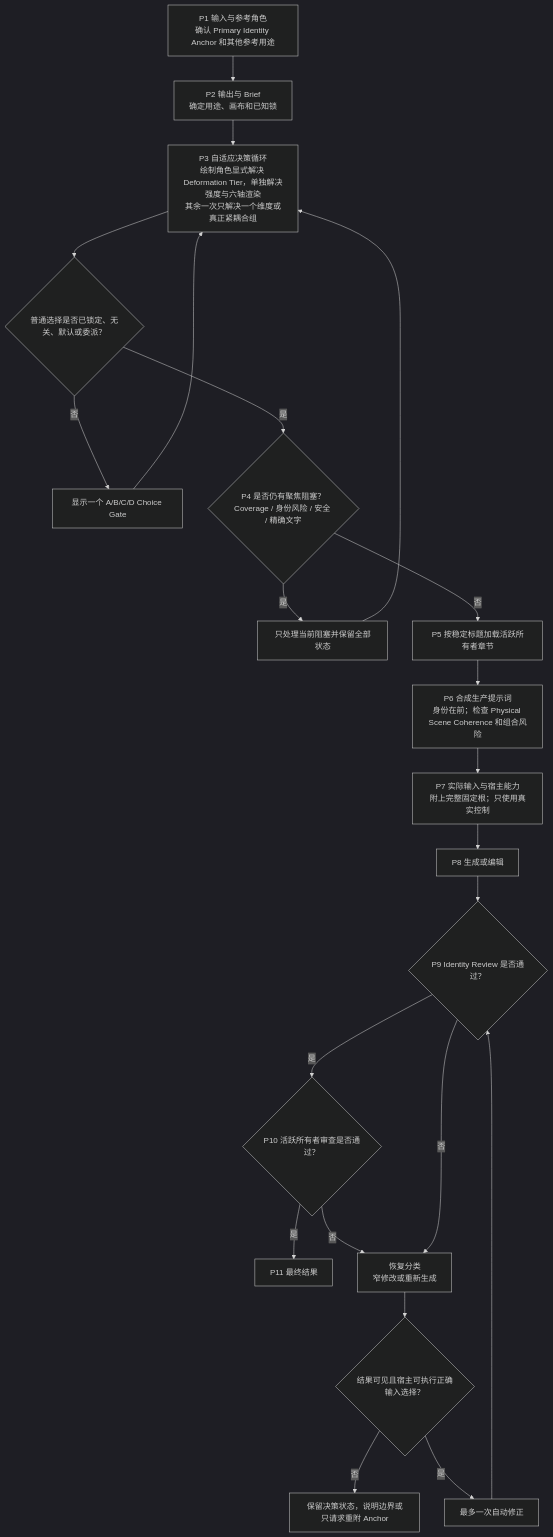
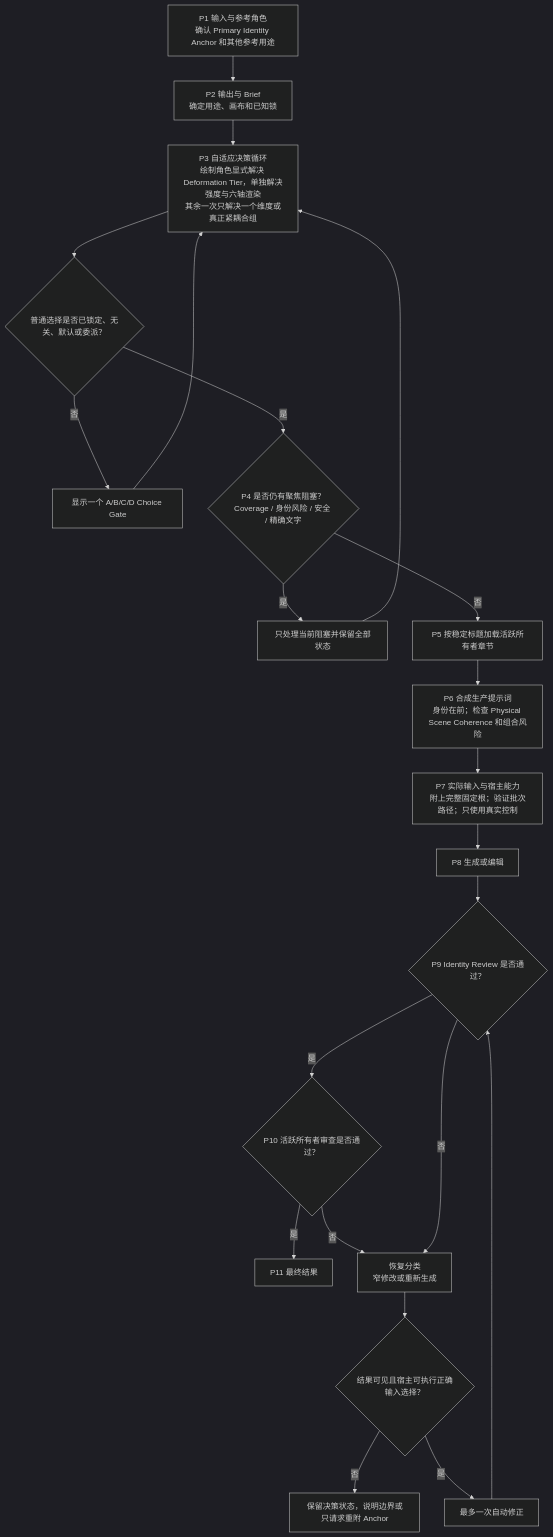
The fourth of 13 diagrams in docs/architecture.md (cyaoc/cast-me), drawn with Mermaid (dark theme) before and after one commit. The commit also changed other lines of this file and 4 other files, not shown here.

````diff
--- a/docs/architecture.md
+++ b/docs/architecture.md
@@ -213,24 +216,24 @@
 ```mermaid
 flowchart TD
     P1["P1 输入与参考角色<br/>确认 Primary Identity Anchor 和其他参考用途"] --> P2["P2 输出与 Brief<br/>确定用途、画布和已知锁"]
     P2 --> P3["P3 自适应决策循环<br/>绘制角色显式解决 Deformation Tier，单独解决强度与六轴渲染<br/>其余一次只解决一个维度或真正紧耦合组"]
     P3 --> ORDINARY{"普通选择是否已锁定、无关、默认或委派？"}
     ORDINARY -- 否 --> GATE["显示一个 A/B/C/D Choice Gate"]
     GATE --> P3
     ORDINARY -- 是 --> P4{"P4 是否仍有聚焦阻塞？<br/>Coverage / 身份风险 / 安全 / 精确文字"}
     P4 -- 是 --> FOCUSED["只处理当前阻塞并保留全部状态"]
     FOCUSED --> P3
     P4 -- 否 --> P5["P5 按稳定标题加载活跃所有者章节"]
     P5 --> P6["P6 合成生产提示词<br/>身份在前；检查 Physical Scene Coherence 和组合风险"]
-    P6 --> P7["P7 实际输入与宿主能力<br/>附上完整固定根；只使用真实控制"]
+    P6 --> P7["P7 实际输入与宿主能力<br/>附上完整固定根；验证批次路径；只使用真实控制"]
     P7 --> P8["P8 生成或编辑"]
     P8 --> P9{"P9 Identity Review 是否通过？"}
     P9 -- 是 --> P10{"P10 活跃所有者审查是否通过？"}
     P10 -- 是 --> P11["P11 最终结果"]
     P10 -- 否 --> RECOVERY["恢复分类<br/>窄修改或重新生成"]
     P9 -- 否 --> RECOVERY
     RECOVERY --> CAPABLE{"结果可见且宿主可执行正确输入选择？"}
     CAPABLE -- 否 --> STOP["保留决策状态，说明边界或只请求重附 Anchor"]
     CAPABLE -- 是 --> ONCE["最多一次自动修正"]
     ONCE --> P9
 ```
````
